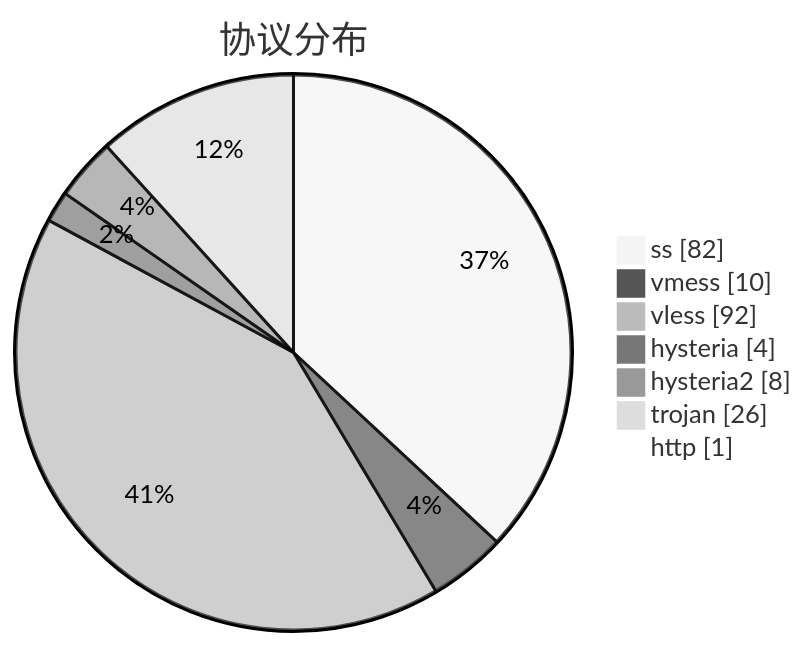
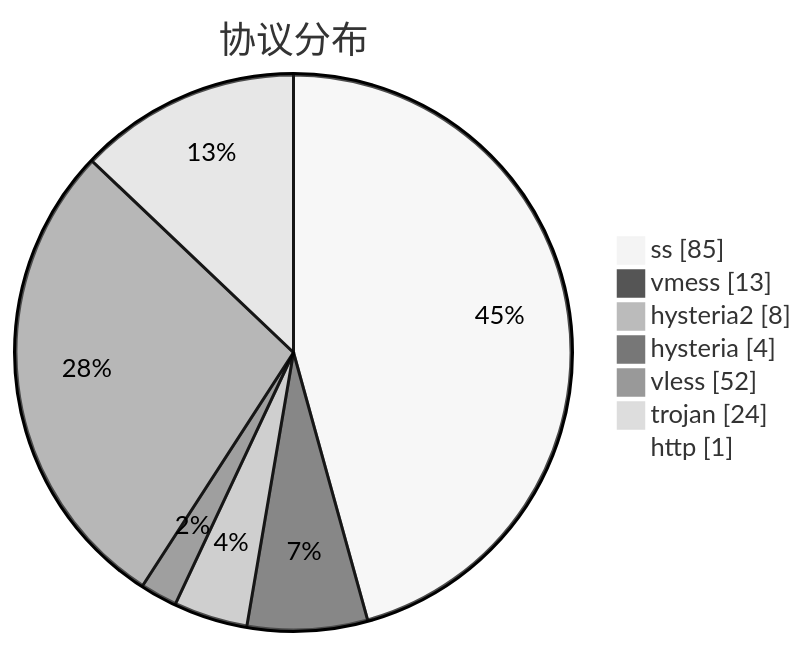
Before and after one commit to sinspired/airport: the third of 3 diagrams in subs/statistics/tested_within.md, drawn with Mermaid (neutral theme). The commit also changed other lines of this file and 2 other files, not shown here.

````diff
--- a/subs/statistics/tested_within.md
+++ b/subs/statistics/tested_within.md
@@ -41,11 +43,11 @@
 ```mermaid
 pie showData
 title 协议分布
-"ss" : 82
-"vmess" : 10
-"vless" : 92
+"ss" : 85
+"vmess" : 13
+"hysteria2" : 8
 "hysteria" : 4
-"hysteria2" : 8
-"trojan" : 26
+"vless" : 52
+"trojan" : 24
 "http" : 1
 ```
````
